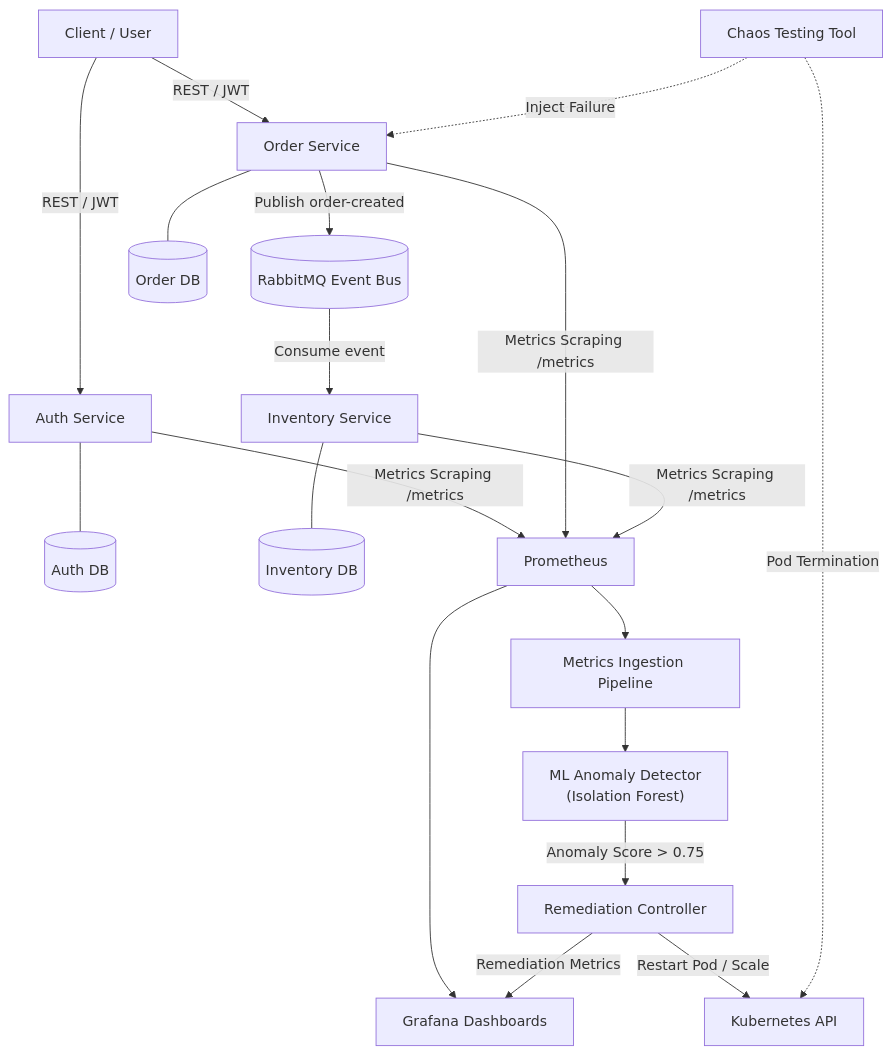
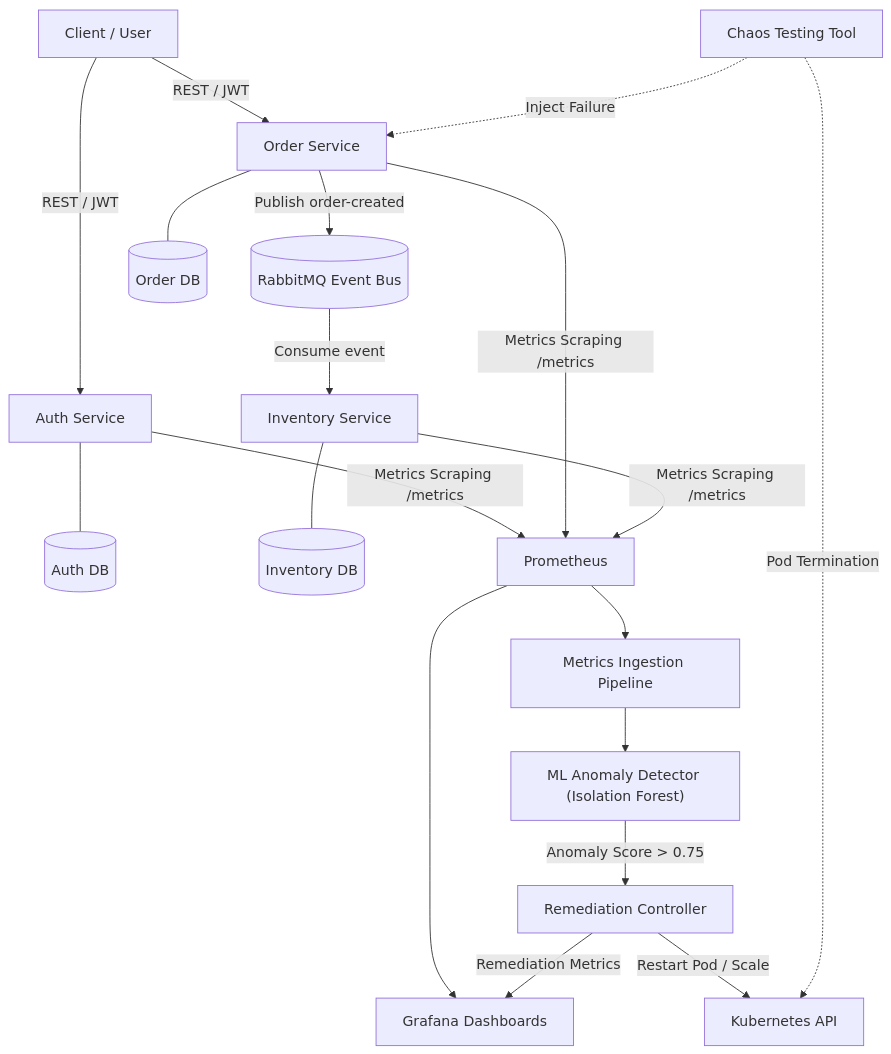
One commit to shiva-kumar-1319/CloudPulse changed the diagram in README.md. Above: the diagram before and after it, drawn with Mermaid.

Commit message:
fix(docs): ensure 100% bulletproof Mermaid diagram rendering

````diff
--- a/README.md
+++ b/README.md
@@ -26,28 +26,28 @@
 ```mermaid
 flowchart TD
     Client["Client / User"] -->|"REST / JWT"| Auth["Auth Service"]
     Client -->|"REST / JWT"| Order["Order Service"]
     
     Order -->|"Publish order-created"| RabbitMQ[("RabbitMQ Event Bus")]
     RabbitMQ -->|"Consume event"| Inventory["Inventory Service"]
     
     Auth --- AuthDB[("Auth DB")]
     Order --- OrderDB[("Order DB")]
     Inventory --- InventoryDB[("Inventory DB")]
     
     Auth -->|"Metrics Scraping /metrics"| Prometheus["Prometheus"]
     Order -->|"Metrics Scraping /metrics"| Prometheus
     Inventory -->|"Metrics Scraping /metrics"| Prometheus
     
     Prometheus --> Ingest["Metrics Ingestion Pipeline"]
-    Ingest --> MLModel["ML Anomaly Detector <br/> (Isolation Forest)"]
+    Ingest --> MLModel["ML Anomaly Detector (Isolation Forest)"]
     MLModel -->|"Anomaly Score > 0.75"| Remediation["Remediation Controller"]
     
     Remediation -->|"Restart Pod / Scale"| K8sAPI["Kubernetes API"]
     
     Chaos["Chaos Testing Tool"] -.->|"Inject Failure"| Order
     Chaos -.->|"Pod Termination"| K8sAPI
 
     Prometheus --> Grafana["Grafana Dashboards"]
     Remediation -->|"Remediation Metrics"| Grafana
 ```
````
